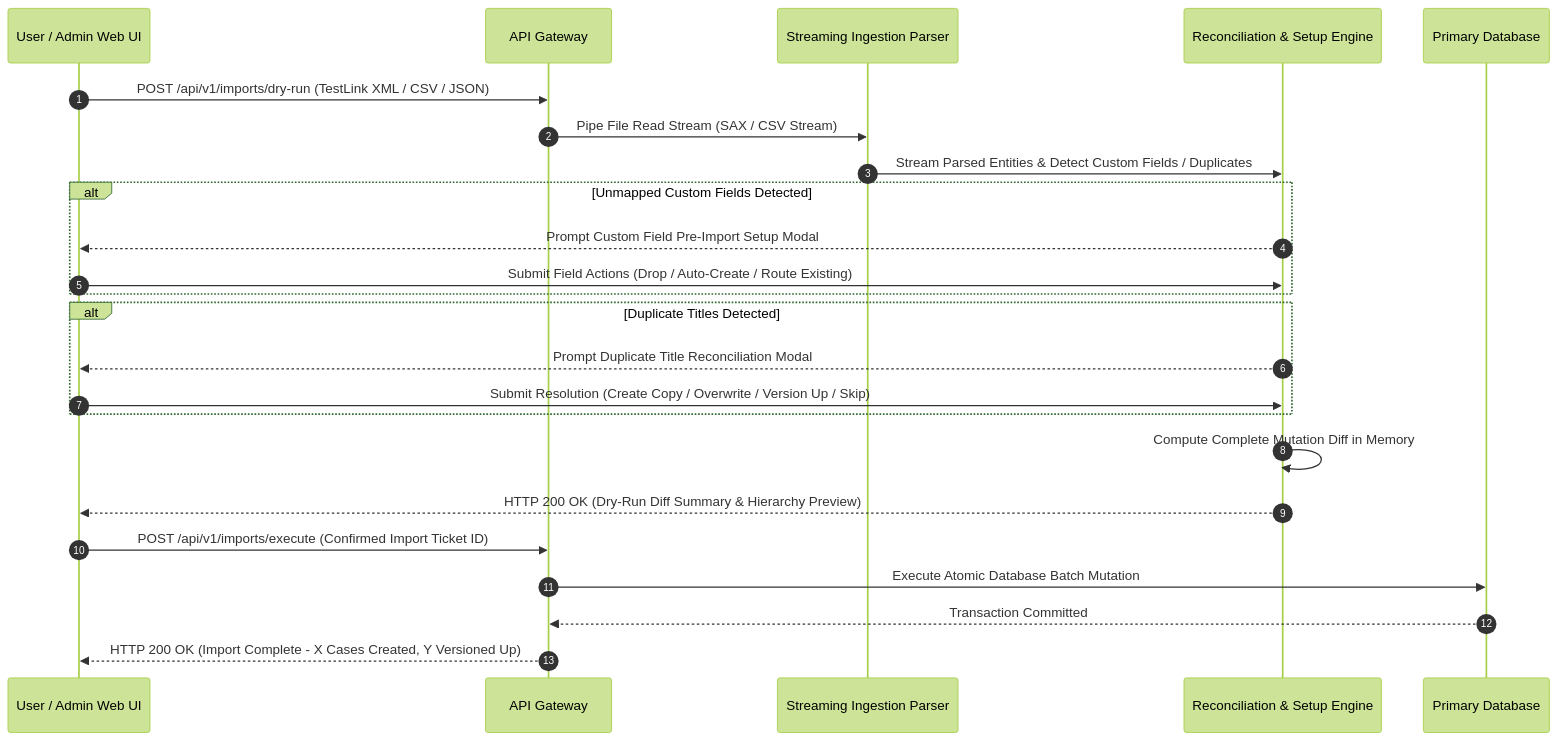
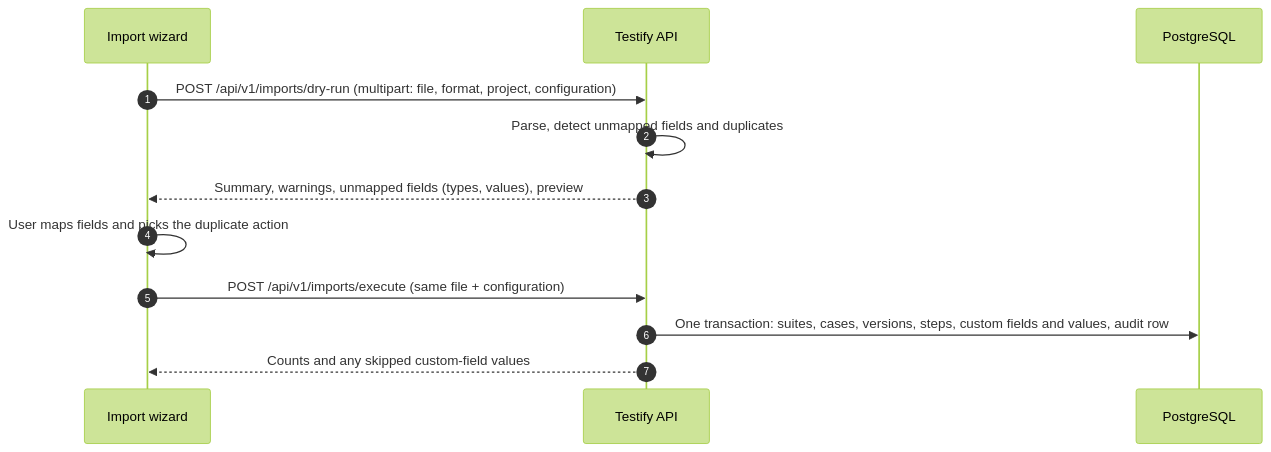
Before and after one commit to ElliotNewtonMiller/Testify: the second of 2 diagrams in docs/rfc_03_api_and_xml_contracts.md, drawn with Mermaid (forest theme). The commit also changed other lines of this file and 16 other files, not shown here.

````diff
--- a/docs/rfc_03_api_and_xml_contracts.md
+++ b/docs/rfc_03_api_and_xml_contracts.md
@@ -872,31 +616,15 @@
 ```mermaid
 sequenceDiagram
     autonumber
-    participant Client as User / Admin Web UI
-    participant GW as API Gateway
-    participant Stream as Streaming Ingestion Parser
-    participant Recon as Reconciliation & Setup Engine
-    participant DB as Primary Database
+    participant UI as Import wizard
+    participant API as Testify API
+    participant DB as PostgreSQL
 
-    Client->>GW: POST /api/v1/imports/dry-run (TestLink XML / CSV / JSON)
-    GW->>Stream: Pipe File Read Stream (SAX / CSV Stream)
-    Stream->>Recon: Stream Parsed Entities & Detect Custom Fields / Duplicates
-
-    alt Unmapped Custom Fields Detected
-        Recon-->>Client: Prompt Custom Field Pre-Import Setup Modal
-        Client->>Recon: Submit Field Actions (Drop / Auto-Create / Route Existing)
-    end
-
-    alt Duplicate Titles Detected
-        Recon-->>Client: Prompt Duplicate Title Reconciliation Modal
-        Client->>Recon: Submit Resolution (Create Copy / Overwrite / Version Up / Skip)
-    end
-
-    Recon->>Recon: Compute Complete Mutation Diff in Memory
-    Recon-->>Client: HTTP 200 OK (Dry-Run Diff Summary & Hierarchy Preview)
-
-    Client->>GW: POST /api/v1/imports/execute (Confirmed Import Ticket ID)
-    GW->>DB: Execute Atomic Database Batch Mutation
-    DB-->>GW: Transaction Committed
-    GW-->>Client: HTTP 200 OK (Import Complete - X Cases Created, Y Versioned Up)
+    UI->>API: POST /api/v1/imports/dry-run (multipart: file, format, project, configuration)
+    API->>API: Parse, detect unmapped fields and duplicates
+    API-->>UI: Summary, warnings, unmapped fields (types, values), preview
+    UI->>UI: User maps fields and picks the duplicate action
+    UI->>API: POST /api/v1/imports/execute (same file + configuration)
+    API->>DB: One transaction: suites, cases, versions, steps, custom fields and values, audit row
+    API-->>UI: Counts and any skipped custom-field values
 ```
````
